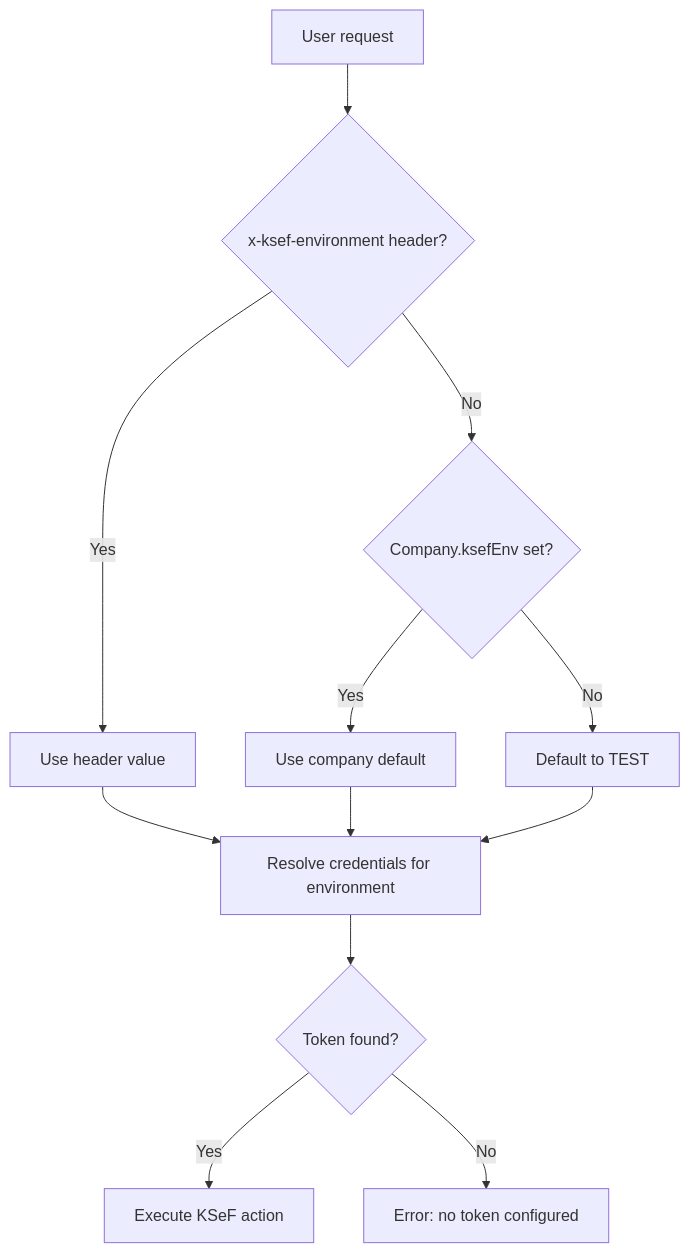
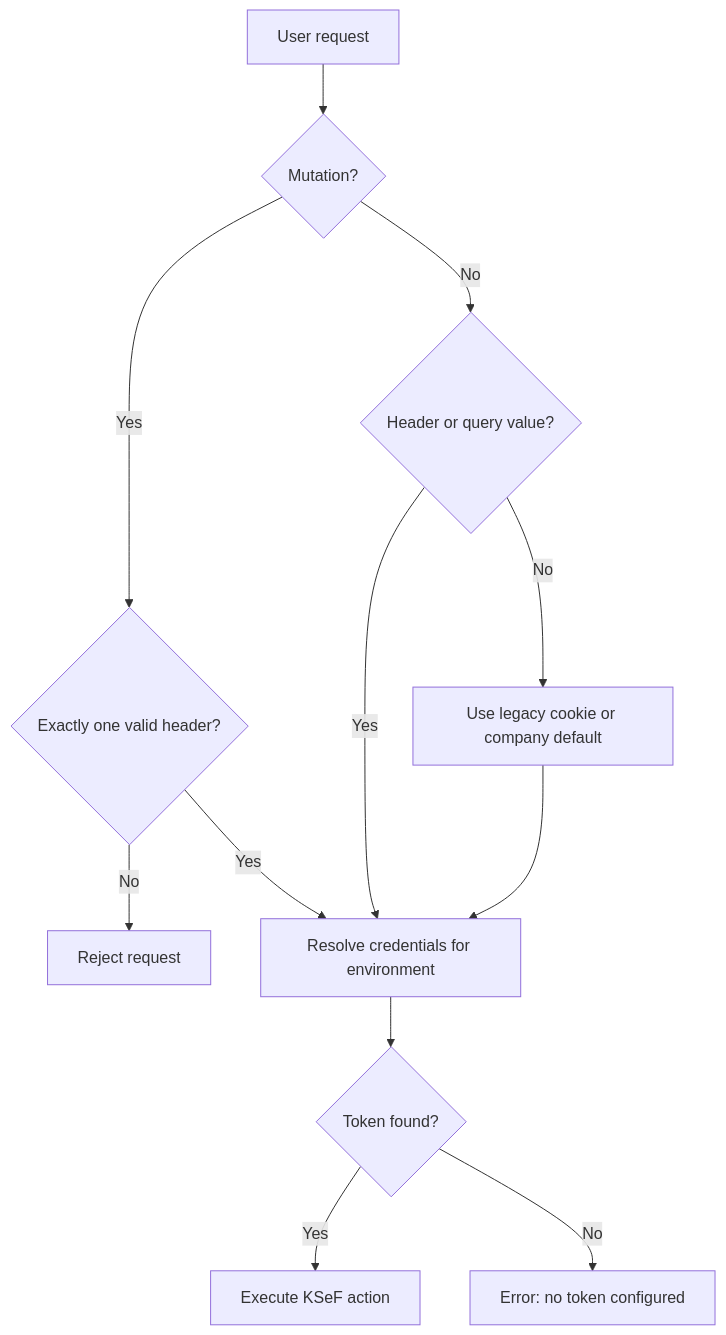
The fifth of 5 diagrams in docs/data-model.md (DriveToTech/ksiegowy-vibe), drawn with Mermaid before and after one commit. The commit also changed other lines of this file and 110 other files, not shown here.

````diff
--- a/docs/data-model.md
+++ b/docs/data-model.md
@@ -810,14 +810,14 @@
 ```mermaid
 flowchart TD
-    A[User request] --> B{x-ksef-environment header?}
-    B -->|Yes| C[Use header value]
-    B -->|No| D{Company.ksefEnv set?}
-    D -->|Yes| E[Use company default]
-    D -->|No| F[Default to TEST]
-    C --> G[Resolve credentials for environment]
-    E --> G
+    A[User request] --> B{Mutation?}
+    B -->|Yes| C{Exactly one valid header?}
+    C -->|No| D[Reject request]
+    C -->|Yes| G[Resolve credentials for environment]
+    B -->|No| E{Header or query value?}
+    E -->|Yes| G
+    E -->|No| F[Use legacy cookie or company default]
     F --> G
     G --> H{Token found?}
     H -->|Yes| I[Execute KSeF action]
     H -->|No| J[Error: no token configured]
 ```
````
